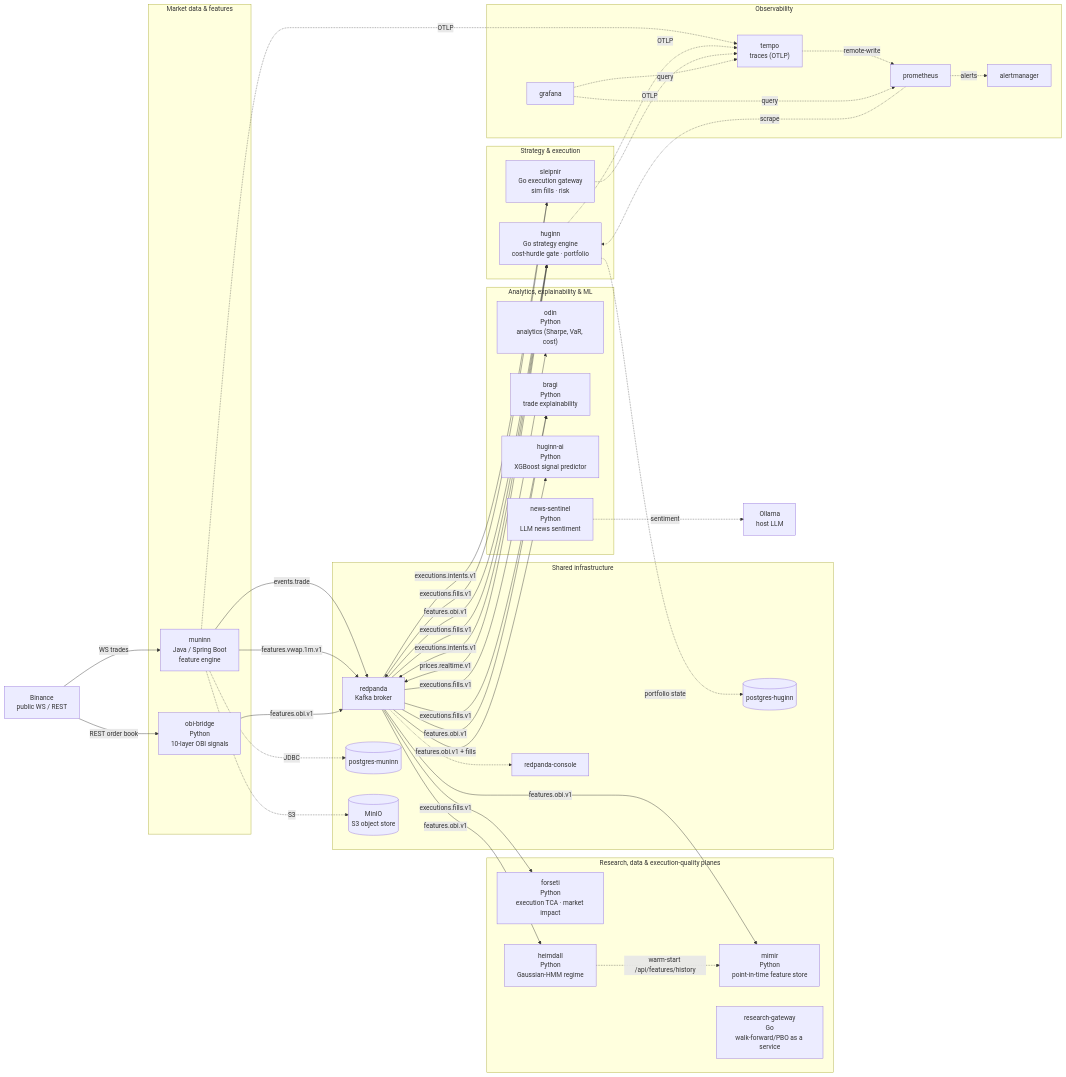
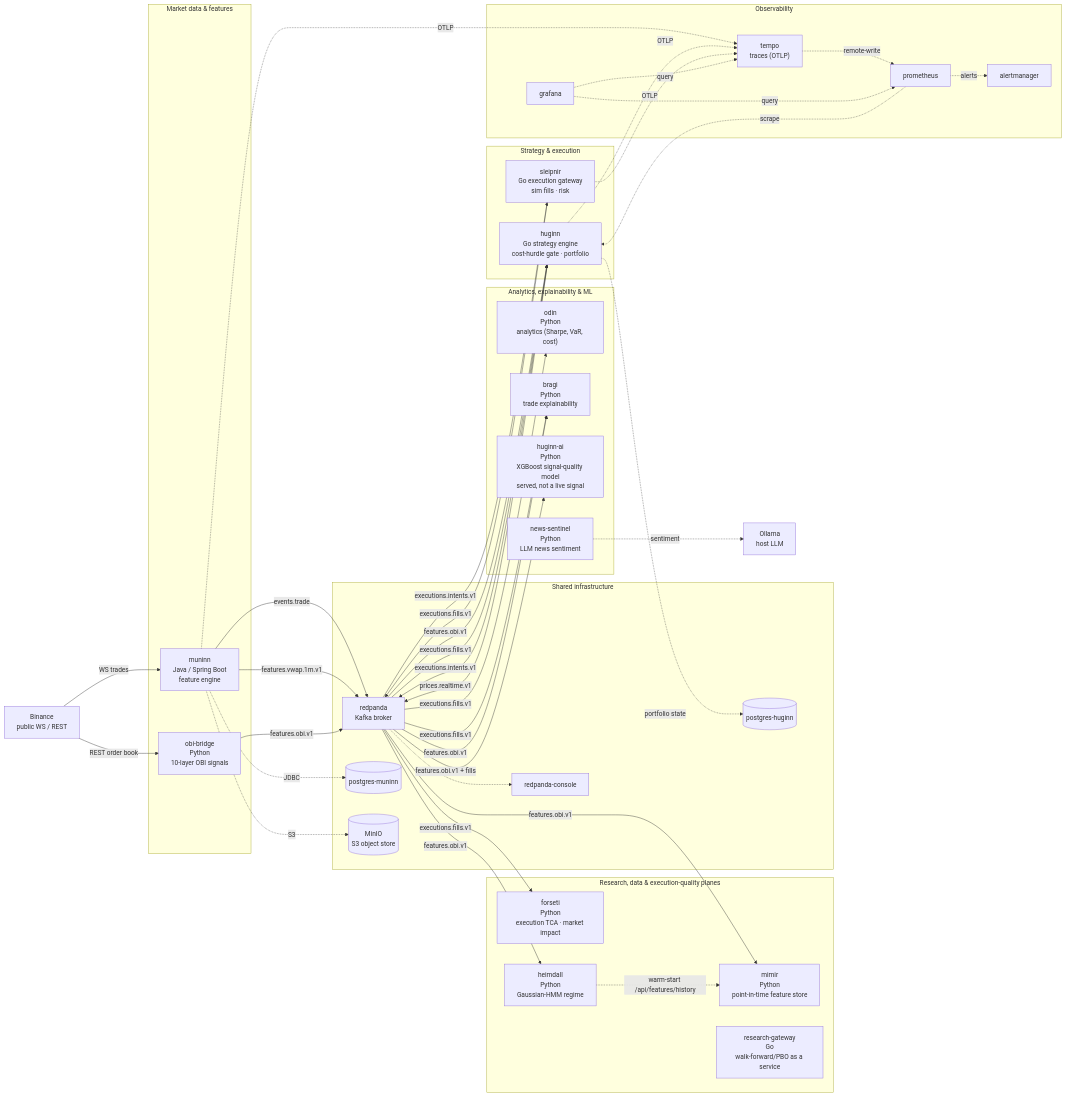
Before and after one commit to lgreene03/norse-stack: the first of 2 diagrams in docs/ARCHITECTURE.md, drawn with Mermaid. The commit also changed 7 other files, not shown here.

First line of the commit message:
docs(ml): relabel huginn-ai as served signal-quality model, not a live signal

```diff
--- a/docs/ARCHITECTURE.md
+++ b/docs/ARCHITECTURE.md
@@ -38,7 +38,7 @@
     subgraph analytics["Analytics, explainability & ML"]
         odin["odin<br/>Python<br/>analytics (Sharpe, VaR, cost)"]
         bragi["bragi<br/>Python<br/>trade explainability"]
-        huginnai["huginn-ai<br/>Python<br/>XGBoost signal predictor"]
+        huginnai["huginn-ai<br/>Python<br/>XGBoost signal-quality model<br/>served, not a live signal"]
         newssentinel["news-sentinel<br/>Python<br/>LLM news sentiment"]
     end
 
```
